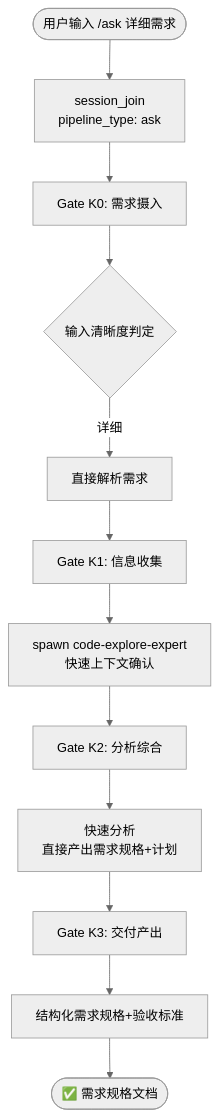
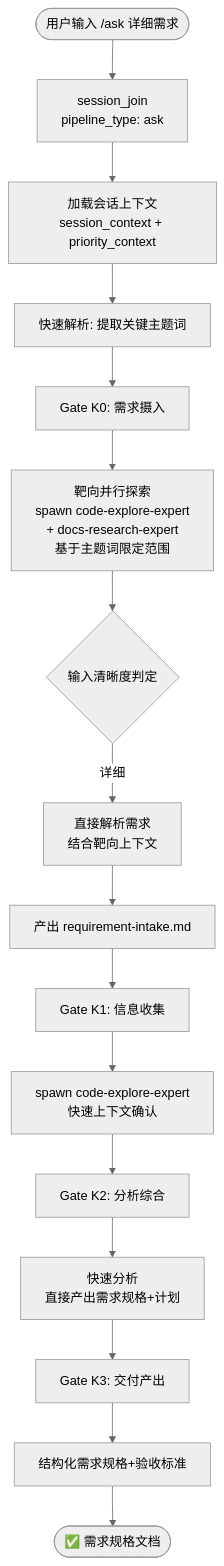
The second of 4 diagrams in docs/flows/ask.md (Wjl1224734792/Jarvis-Agent-Factory), drawn with Mermaid (neutral theme) before and after one commit. The commit also changed other lines of this file and 46 other files, not shown here.

````diff
--- a/docs/flows/ask.md
+++ b/docs/flows/ask.md
@@ -47,14 +51,18 @@
 ```mermaid
 flowchart TD
     START([用户输入 /ask 详细需求]) --> JOIN[session_join<br/>pipeline_type: ask]
-    JOIN --> K0[Gate K0: 需求摄入]
-    K0 --> K0D{输入清晰度判定}
-    K0D --> |详细| K0P[直接解析需求]
-    K0P --> K1[Gate K1: 信息收集]
+    JOIN --> CTX[加载会话上下文<br/>session_context + priority_context]
+    CTX --> PARSE[快速解析: 提取关键主题词]
+    PARSE --> K0[Gate K0: 需求摄入]
+    K0 --> K0EXPLORE[靶向并行探索<br/>spawn code-explore-expert<br/>+ docs-research-expert<br/>基于主题词限定范围]
+    K0EXPLORE --> K0D{输入清晰度判定}
+    K0D --> |详细| K0P[直接解析需求<br/>结合靶向上下文]
+    K0P --> K0DOC[产出 requirement-intake.md]
+    K0DOC --> K1[Gate K1: 信息收集]
     K1 --> K1A[spawn code-explore-expert<br/>快速上下文确认]
     K1A --> K2[Gate K2: 分析综合]
     K2 --> K2A[快速分析<br/>直接产出需求规格+计划]
     K2A --> K3[Gate K3: 交付产出]
     K3 --> K3A[结构化需求规格+验收标准]
     K3A --> DONE([✅ 需求规格文档])
 ```
````
